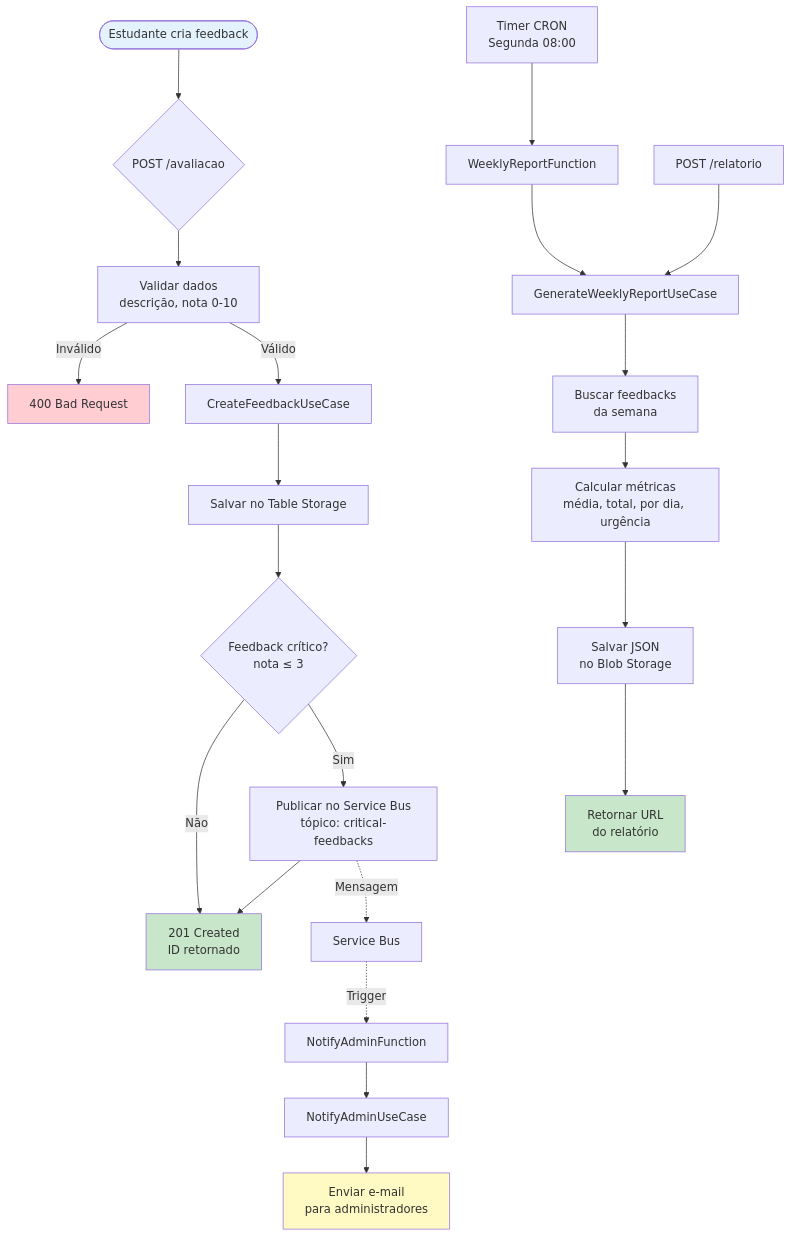
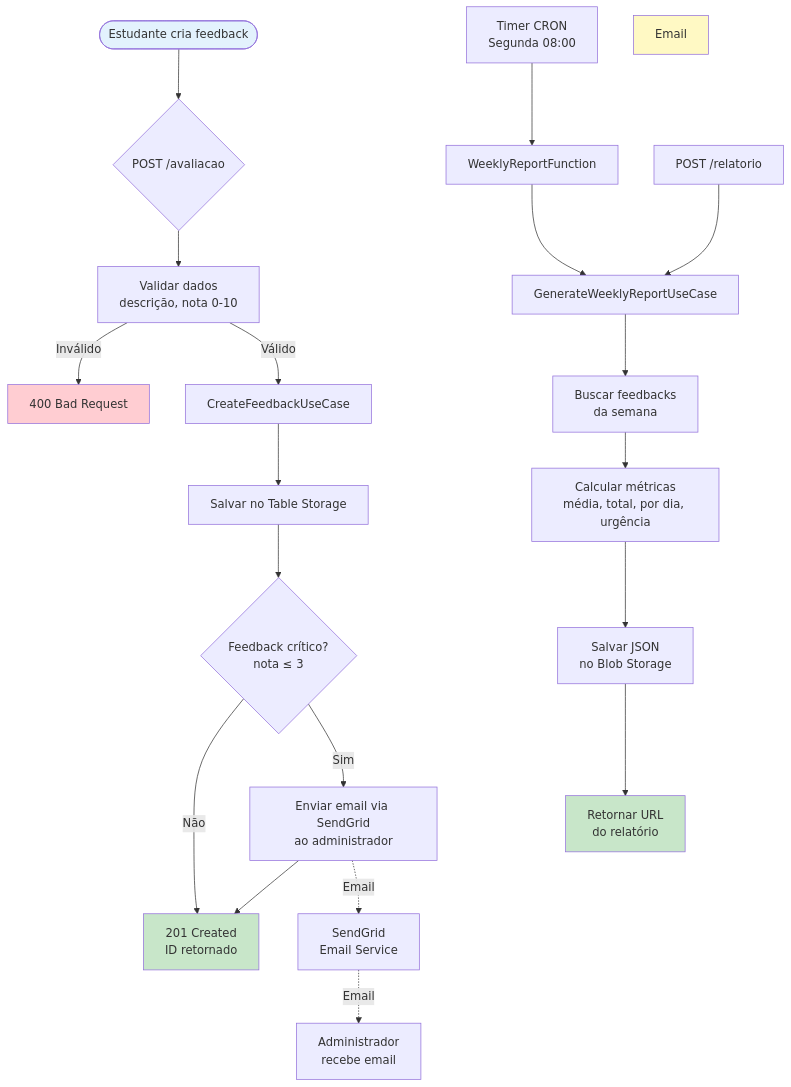
Before and after one commit to luizffdemoraes/feedback-sync: the seventh of 9 diagrams in README.md, drawn with Mermaid. The commit also changed other lines of this file and 30 other files, not shown here.

````diff
--- a/README.md
+++ b/README.md
@@ -580,37 +560,35 @@
 ```mermaid
 flowchart TD
     Start([Estudante cria feedback]) --> Input{POST /avaliacao}
     
     Input --> Validate[Validar dados<br/>descrição, nota 0-10]
     
     Validate -->|Inválido| Error1[400 Bad Request]
     Validate -->|Válido| Create[CreateFeedbackUseCase]
     
     Create --> Save[Salvar no Table Storage]
     Save --> Check{Feedback crítico?<br/>nota ≤ 3}
     
     Check -->|Não| Success1[201 Created<br/>ID retornado]
-    Check -->|Sim| Publish[Publicar no Service Bus<br/>tópico: critical-feedbacks]
+    Check -->|Sim| Notify[Enviar email via SendGrid<br/>ao administrador]
     
-    Publish --> Success1
+    Notify --> Success1
     
-    Publish -.->|Mensagem| ServiceBus[Service Bus]
-    ServiceBus -.->|Trigger| NotifyFunc[NotifyAdminFunction]
-    NotifyFunc --> NotifyUC[NotifyAdminUseCase]
-    NotifyUC --> Email[Enviar e-mail<br/>para administradores]
+    Notify -.->|Email| SendGrid[SendGrid<br/>Email Service]
+    SendGrid -.->|Email| Admin[Administrador<br/>recebe email]
     
     Timer[Timer CRON<br/>Segunda 08:00] --> WeeklyFunc[WeeklyReportFunction]
     WeeklyFunc --> ReportUC[GenerateWeeklyReportUseCase]
     ReportUC --> Fetch[Buscar feedbacks<br/>da semana]
     Fetch --> Calc[Calcular métricas<br/>média, total, por dia, urgência]
     Calc --> SaveReport[Salvar JSON<br/>no Blob Storage]
     SaveReport --> Return[Retornar URL<br/>do relatório]
     
     Manual[POST /relatorio] --> ReportUC
     
     style Start fill:#E3F2FD
     style Success1 fill:#C8E6C9
     style Error1 fill:#FFCDD2
     style Email fill:#FFF9C4
     style Return fill:#C8E6C9
 ```
````
